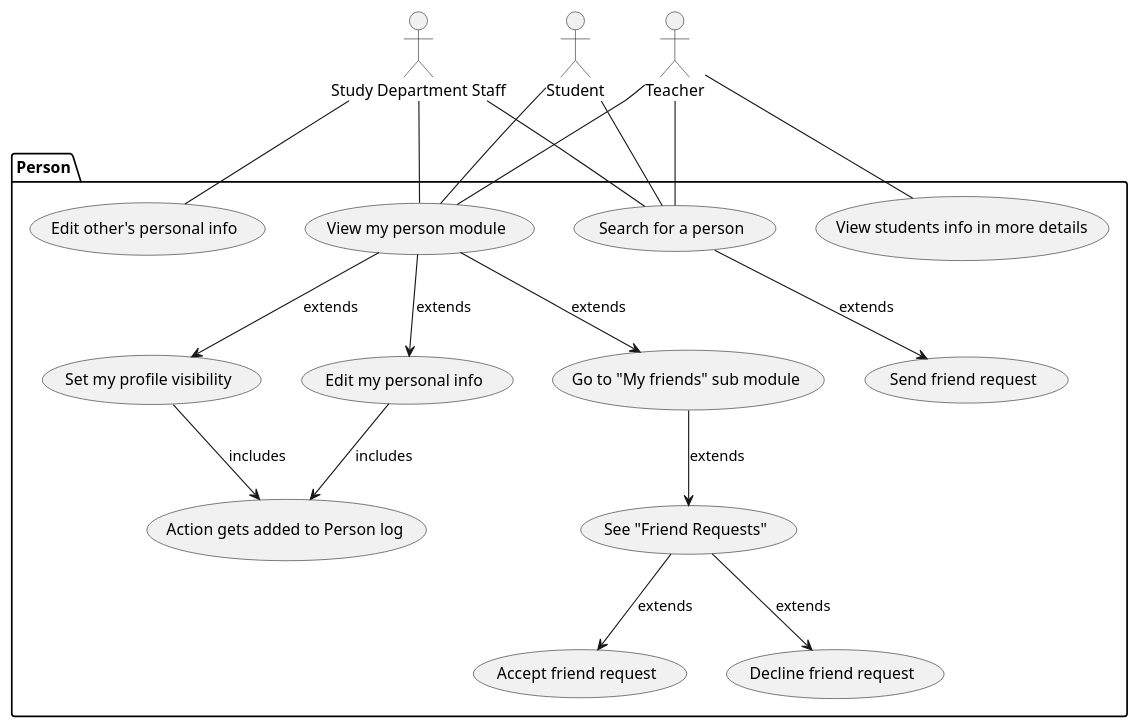
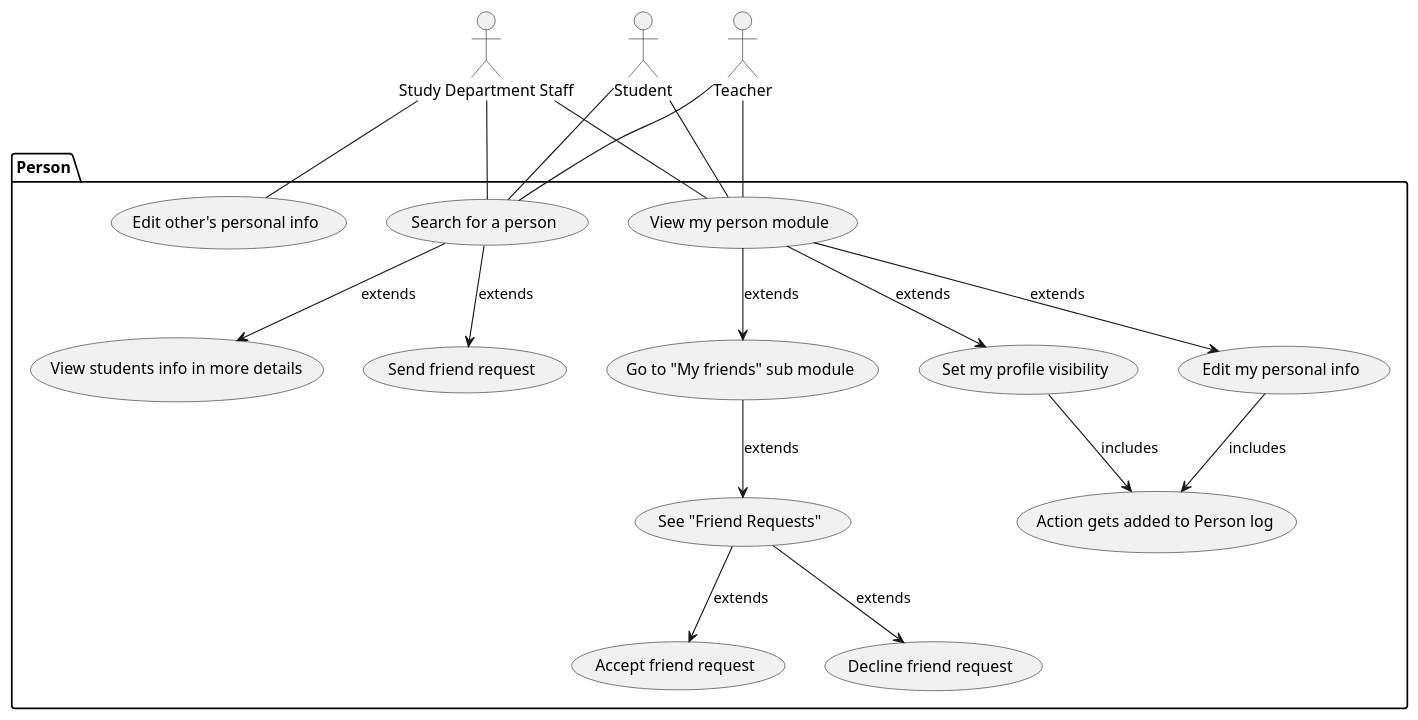
One commit to MarkSeliverstov/NSWI041-intro-to-software-engineering changed the diagram in use_cases_uml.md. Above: the diagram before and after it, drawn with PlantUML. The commit also changed other lines of this file, not shown here.

````diff
--- a/use_cases_uml.md
+++ b/use_cases_uml.md
@@ -3,40 +3,41 @@
 ```plantuml
 @startuml
 actor :Study Department Staff: as dep
 actor Student as s
 actor Teacher as t
 package Person {
  usecase "View my person module" as vp
  usecase "Edit my personal info" as ed
  usecase "Set my profile visibility" as sv
  usecase "Action gets added to Person log" as pl
  usecase "Send friend request" as sf
  usecase "Accept friend request" as af
  usecase "Decline friend request" as df
  usecase "Search for a person" as sp
  usecase "View students info in more details" as vs
  usecase "Edit other's personal info" as oo
  usecase "Go to "My friends" sub module" as gf
  usecase "See "Friend Requests"" as fr
 }
 
-t -- vs
+
 t -- sp
 s -- sp
 dep -- sp
 sp --> sf : extends
 t -- vp
 s -- vp 
 dep -- vp
+sp --> vs : extends
 vp --> sv : extends
 vp --> ed : extends
 sv --> pl : includes
 ed --> pl : includes
 dep -- oo
 vp --> gf : extends
 gf --> fr : extends
 fr --> af : extends
 fr --> df : extends
 
 @enduml
 ```
````
